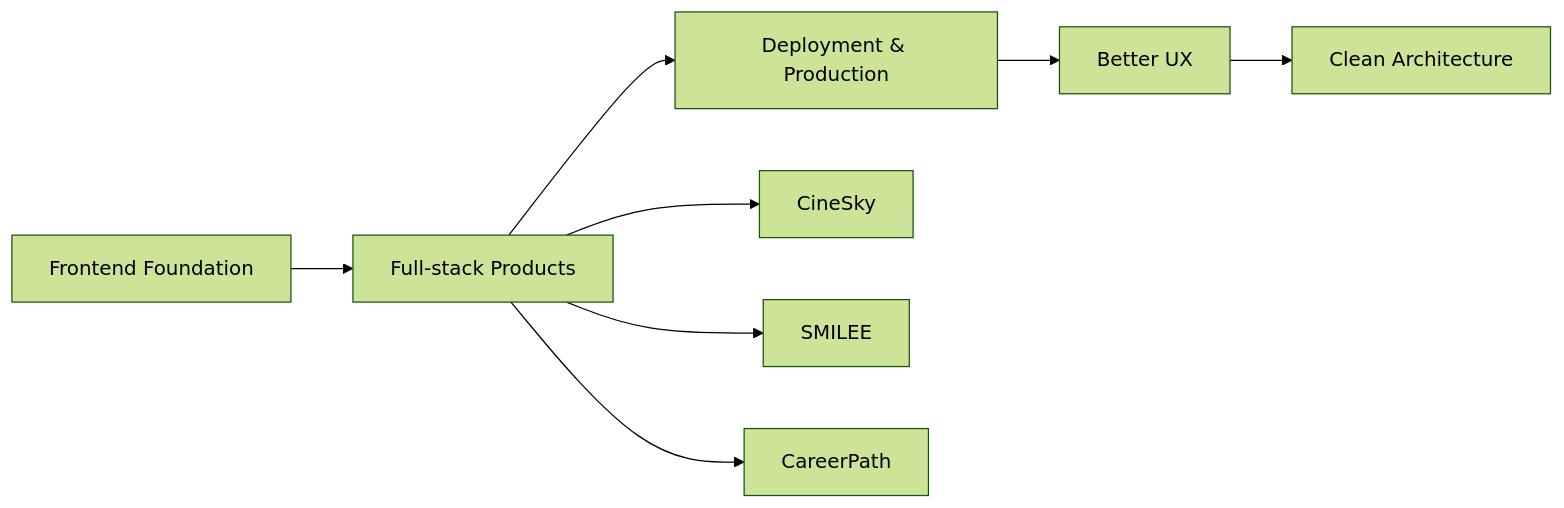
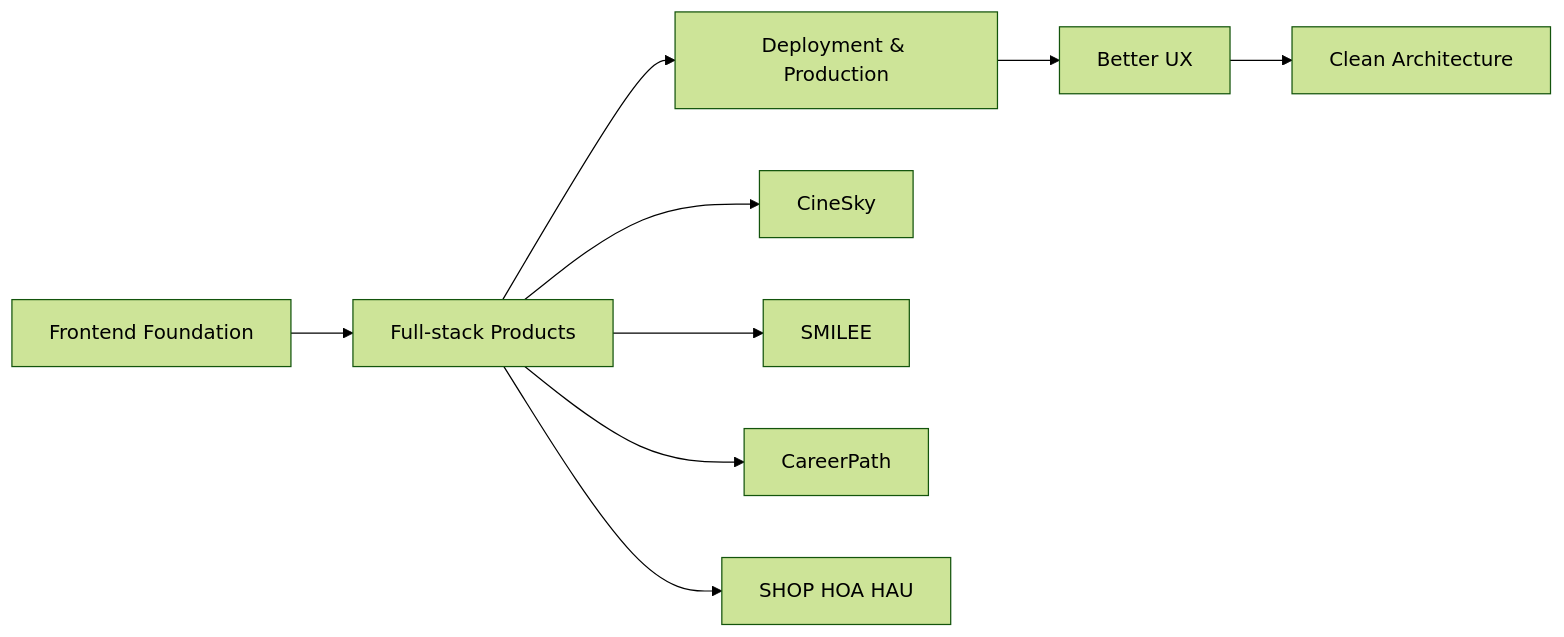
The diagram in README.md (Hiu11/Hiu11), drawn with Mermaid (forest theme) before and after one commit. The commit also changed other lines of this file, not shown here.

Commit message:
Add SHOP HOA HAU to profile using existing project presentation

````diff
--- a/README.md
+++ b/README.md
@@ -122,11 +127,12 @@
 ```mermaid
 flowchart LR
   A[Frontend Foundation] --> B[Full-stack Products]
   B --> C[Deployment & Production]
   C --> D[Better UX]
   D --> E[Clean Architecture]
 
   B --> F[CineSky]
   B --> G[SMILEE]
   B --> H[CareerPath]
+  B --> I[SHOP HOA HAU]
 ```
````
